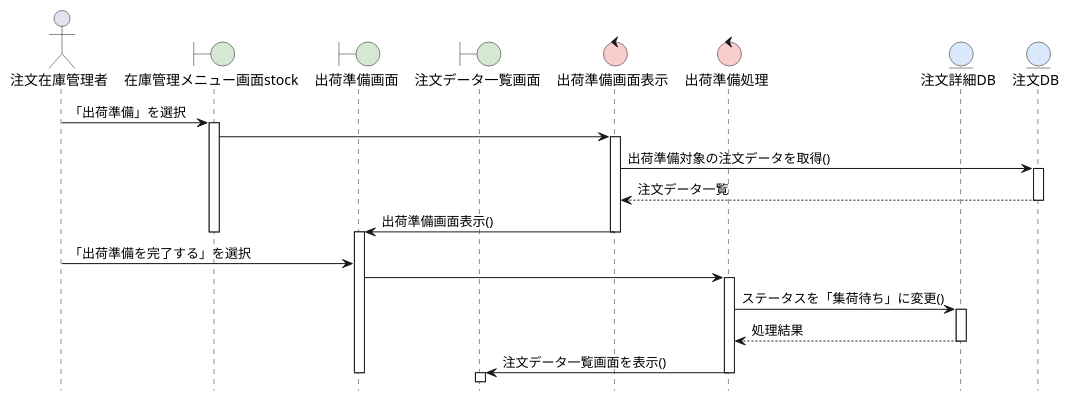
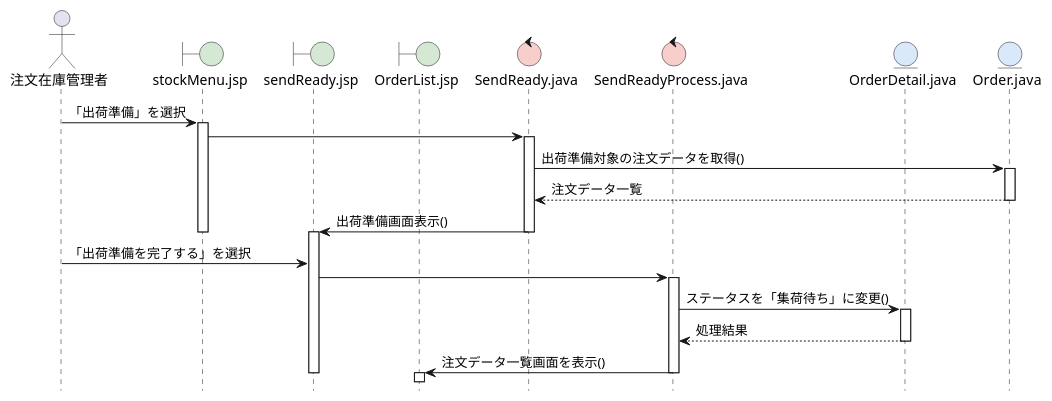
One commit to FujikawaHirono0520/group3_1_dogdog changed the diagram in BB/sequence_sending.pu. Above: the diagram before and after it, drawn with PlantUML.

```diff
--- a/BB/sequence_sending.pu
+++ b/BB/sequence_sending.pu
@@ -1,51 +1,51 @@
 @startuml .
 
 hide footbox
 skinparam BoundaryBackgroundColor #D5E8D4
 skinparam ControlBackgroundColor #F8CECC
 skinparam EntityBackgroundColor #DAE8FC
 
 actor 注文在庫管理者 as User
-boundary 在庫管理メニュー画面stock as Menu
-boundary 出荷準備画面 as Sending
-boundary 注文データ一覧画面 as List
-control 出荷準備画面表示 as Display
-control 出荷準備処理 as Process
+boundary stockMenu.jsp as Menu
+boundary sendReady.jsp as Sending
+boundary OrderList.jsp as List
+control SendReady.java as Display
+control SendReadyProcess.java as Process
 ' entity BB販売システム as System
-entity 注文詳細DB as OrderDetailDB
-entity 注文DB as OrderDB
+entity OrderDetail.java as OrderDetailDB
+entity Order.java as OrderDB
 
 User -> Menu: 「出荷準備」を選択
 
 activate Menu
 Menu -> Display
 
 activate Display
 Display -> OrderDB: 出荷準備対象の注文データを取得()
 
 activate OrderDB
 OrderDB --> Display: 注文データ一覧
 deactivate OrderDB
 
 Display -> Sending: 出荷準備画面表示()
 deactivate Menu
 deactivate Display
 
 activate Sending
 User -> Sending: 「出荷準備を完了する」を選択
 Sending -> Process: 
 
 activate Process
 Process -> OrderDetailDB: ステータスを「集荷待ち」に変更()
 
 activate OrderDetailDB
 OrderDetailDB --> Process: 処理結果
 deactivate OrderDetailDB
 
 Process -> List: 注文データ一覧画面を表示()
 deactivate Process
 
 activate List
 deactivate Sending
 
 @enduml
```
